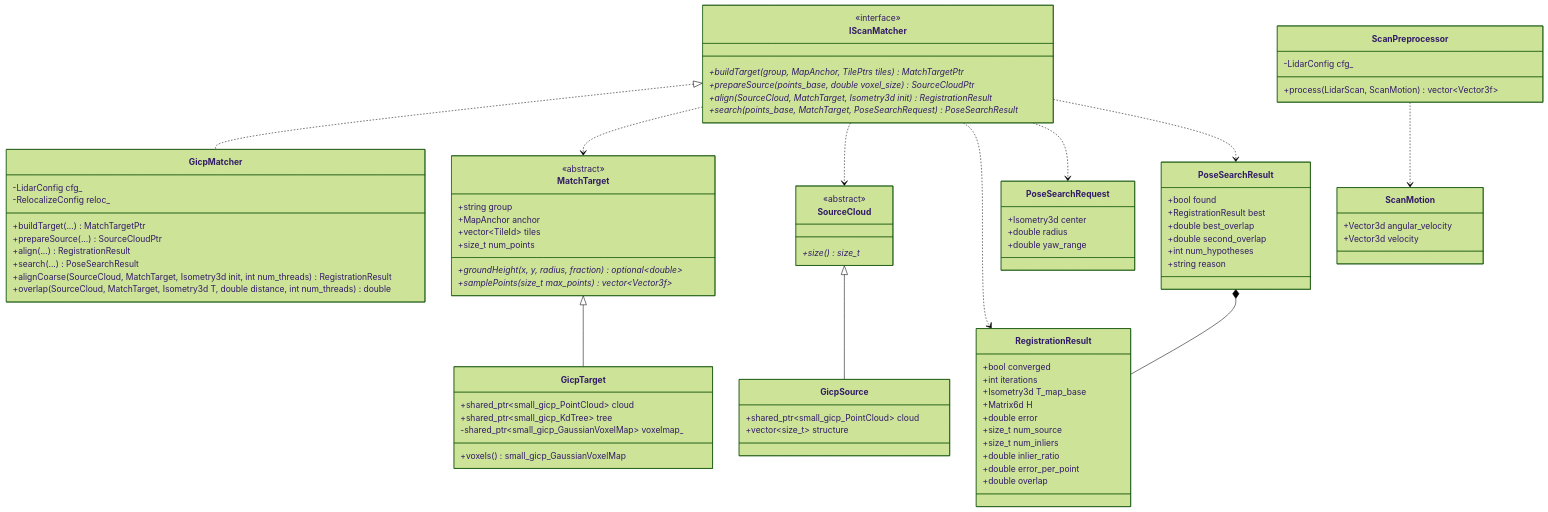
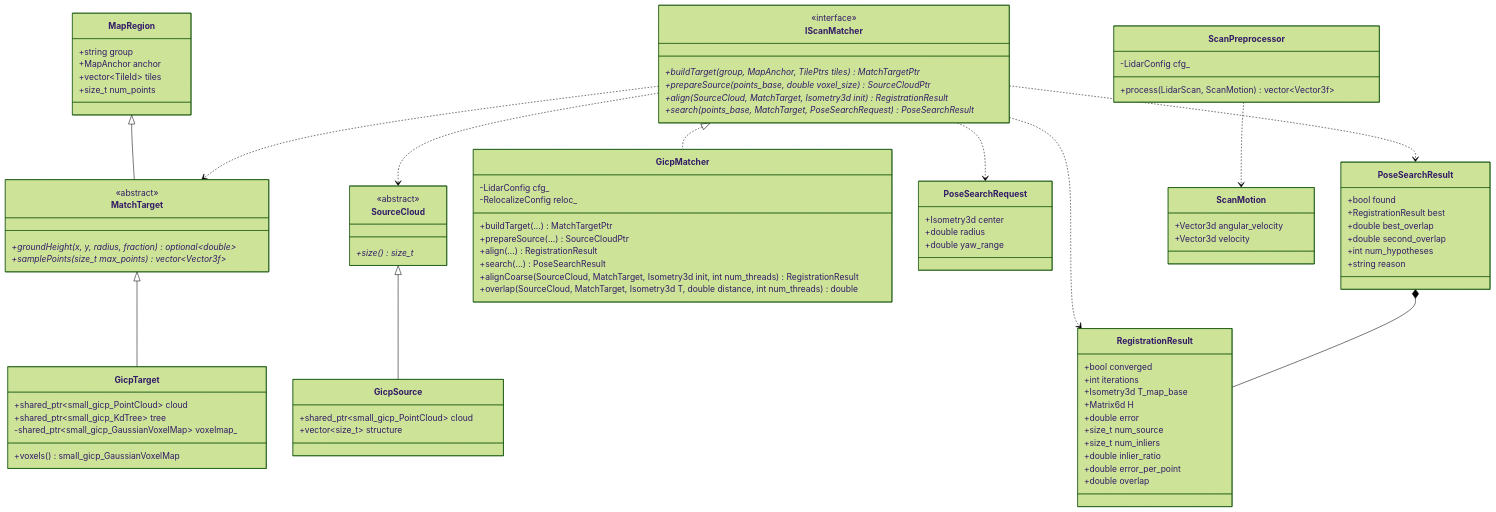
One commit to mamoru1126/gnss_and_lidar_localization changed the ninth of 15 diagrams in docs/architecture.md. Above: the diagram before and after it, drawn with Mermaid (forest theme). The commit also changed other lines of this file and 48 other files, not shown here.

First line of the commit message:
feat(map): 地図のタイル化と動的ロードを単体で使えるライブラリ gll_map に切り出す

```diff
--- a/docs/architecture.md
+++ b/docs/architecture.md
@@ -762,12 +767,14 @@
     +align(SourceCloud, MatchTarget, Isometry3d init) RegistrationResult*
     +search(points_base, MatchTarget, PoseSearchRequest) PoseSearchResult*
   }
-  class MatchTarget {
-    <<abstract>>
+  class MapRegion {
     +string group
     +MapAnchor anchor
     +vector~TileId~ tiles
     +size_t num_points
+  }
+  class MatchTarget {
+    <<abstract>>
     +groundHeight(x, y, radius, fraction) optional~double~*
     +samplePoints(size_t max_points) vector~Vector3f~*
   }
@@ -830,6 +837,7 @@
   }
 
   IScanMatcher <|.. GicpMatcher
+  MapRegion <|-- MatchTarget
   MatchTarget <|-- GicpTarget
   SourceCloud <|-- GicpSource
   IScanMatcher ..> MatchTarget
```
